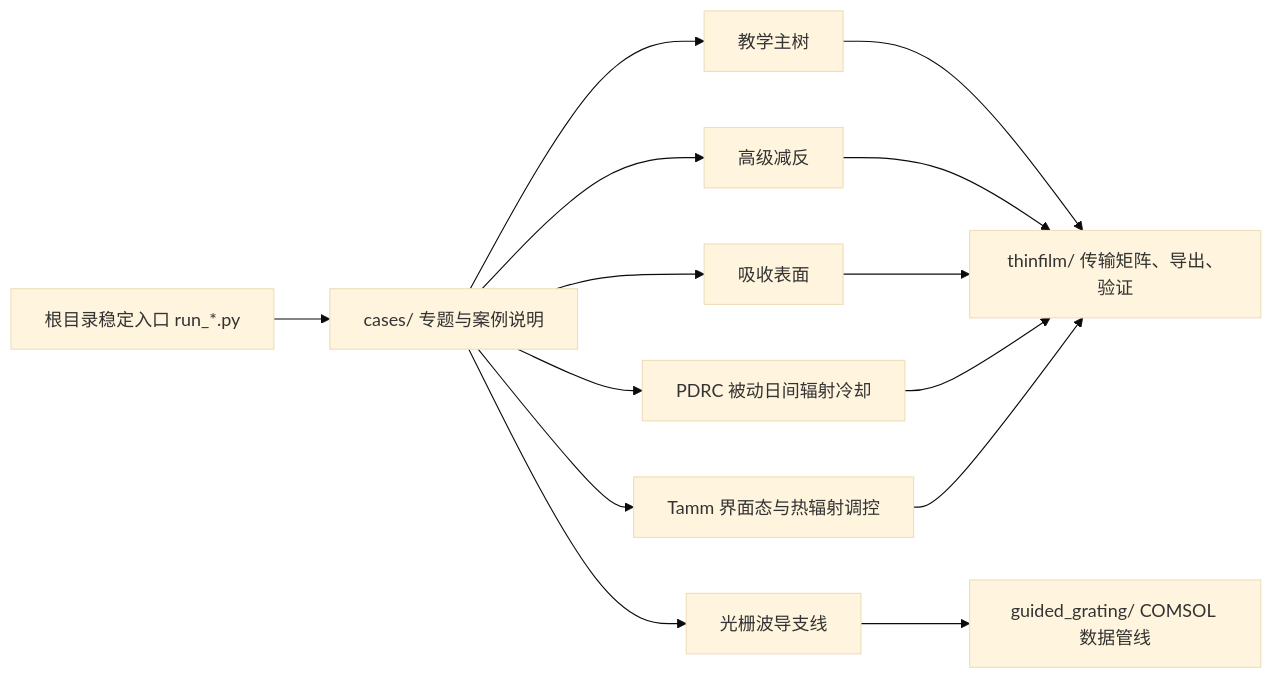
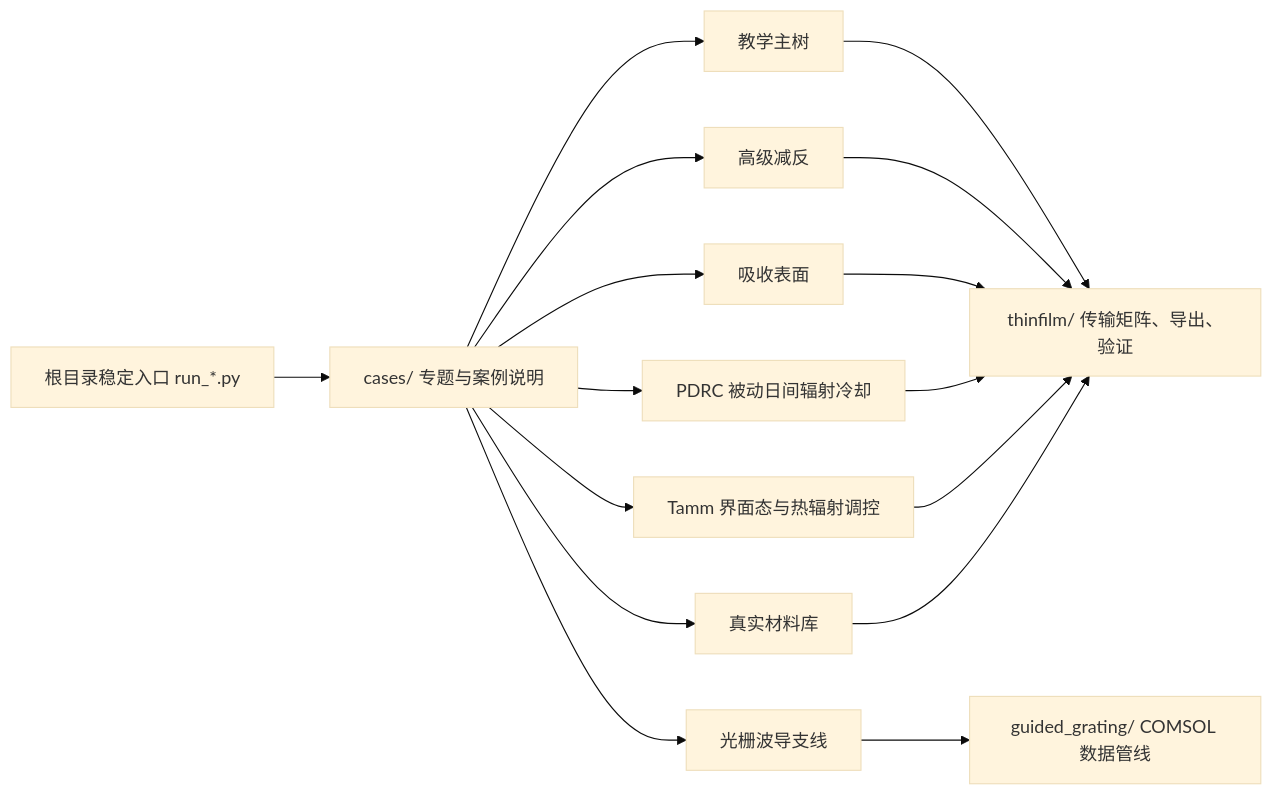
Before and after one commit to Saul-SToner/Vscode: the diagram in README.md, drawn with Mermaid (base theme). The commit also changed other lines of this file and 20 other files, not shown here.

````diff
--- a/README.md
+++ b/README.md
@@ -78,16 +79,18 @@
 ```mermaid
 flowchart LR
     A["根目录稳定入口 run_*.py"] --> B["cases/ 专题与案例说明"]
     B --> C["教学主树"]
     B --> D["高级减反"]
     B --> E["吸收表面"]
     B --> F["PDRC 被动日间辐射冷却"]
     B --> G["Tamm 界面态与热辐射调控"]
     B --> H["光栅波导支线"]
+    B --> K["真实材料库"]
     C --> I["thinfilm/ 传输矩阵、导出、验证"]
     D --> I
     E --> I
     F --> I
     G --> I
+    K --> I
     H --> J["guided_grating/ COMSOL 数据管线"]
 ```
````
